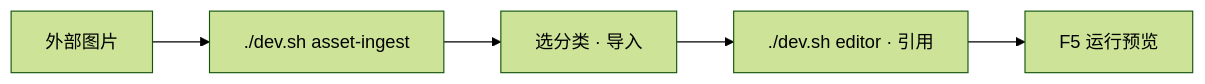
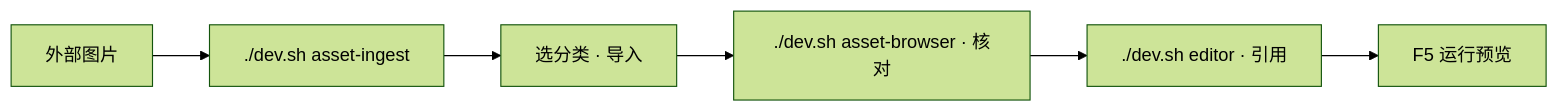
The diagram in docs/tutorials/import-art.md (wubugui/GDoc), drawn with Mermaid (forest theme) before and after one commit. The commit also changed other lines of this file and 112 other files, not shown here.

````diff
--- a/docs/tutorials/import-art.md
+++ b/docs/tutorials/import-art.md
@@ -111,7 +124,8 @@
 ```mermaid
 flowchart LR
   A[外部图片] --> B[./dev.sh asset-ingest]
   B --> C[选分类 · 导入]
-  C --> D[./dev.sh editor · 引用]
-  D --> E[F5 运行预览]
+  C --> D[./dev.sh asset-browser · 核对]
+  D --> E[./dev.sh editor · 引用]
+  E --> F[F5 运行预览]
 ```
````
